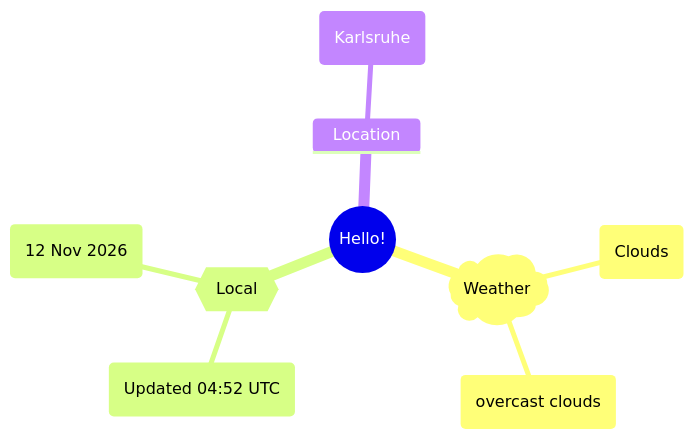
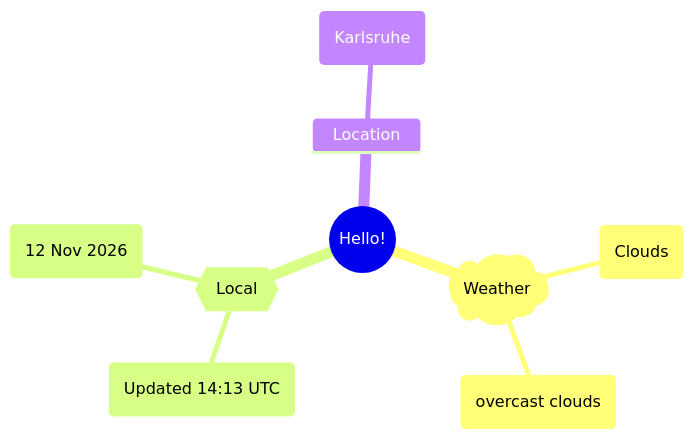
One commit to Xosrov/Xosrov changed the first of 2 diagrams in README.md. Above: the diagram before and after it, drawn with Mermaid.

Commit message:
[bot] updated images

````diff
--- a/README.md
+++ b/README.md
@@ -3,12 +3,12 @@
 ```mermaid
 mindmap
   root((Hello!))
     )Weather(
         (Clouds)
         (overcast clouds)
     {{Local}}
-        (Updated 04:52 UTC)
+        (Updated 14:13 UTC)
         (12 Nov 2026)
     Location
         (Karlsruhe)
 ```
````
